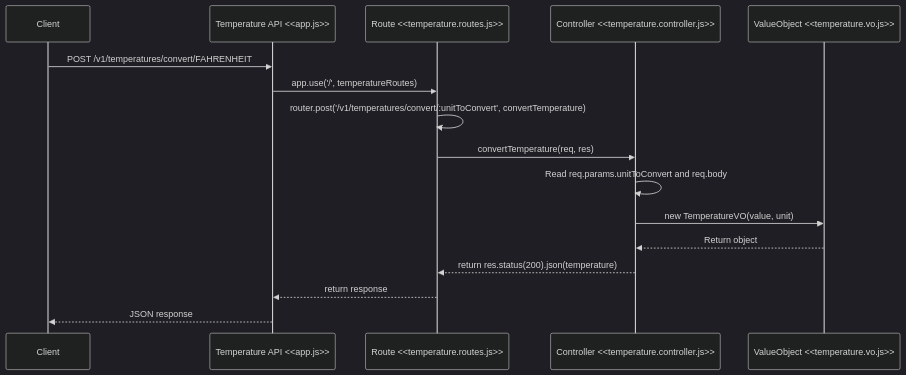
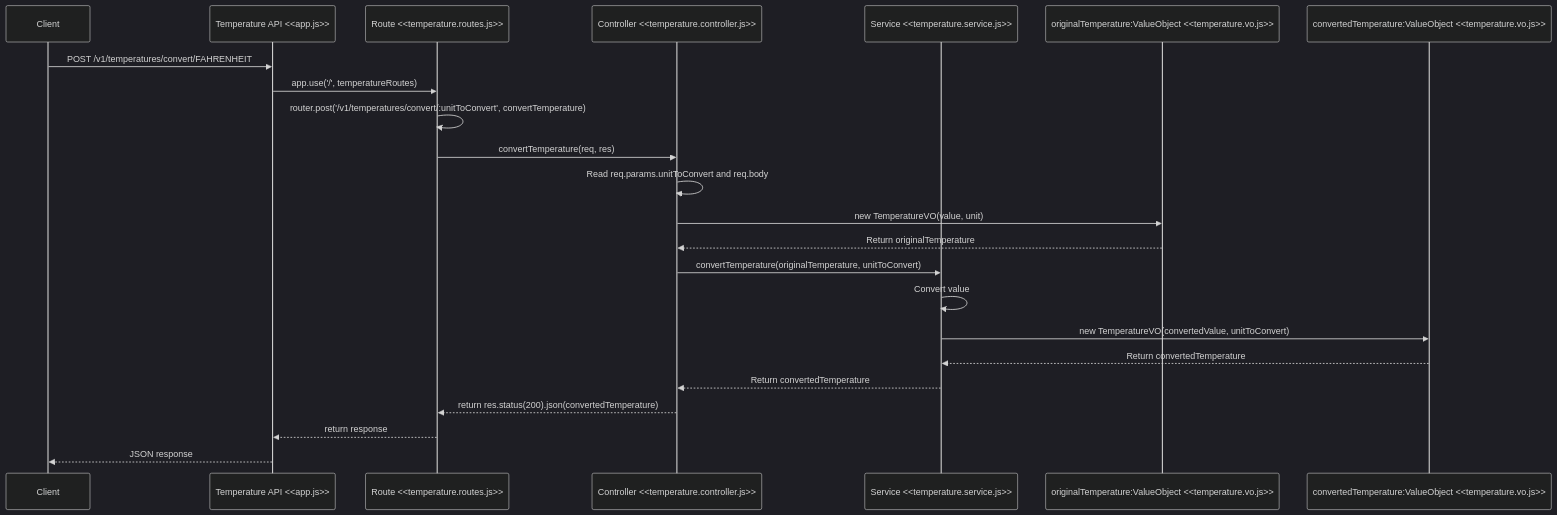
The diagram in README.md (TC-2007B-Chihuahua-2026/temperature-converter-api), drawn with Mermaid (dark theme) before and after one commit. The commit also changed other lines of this file, not shown here.

Commit message:
issue-3 Updated README with service changes

````diff
--- a/README.md
+++ b/README.md
@@ -87,19 +87,26 @@
 ```mermaid
 sequenceDiagram
     participant Client
     participant API as Temperature API <<app.js>>
     participant Route as Route <<temperature.routes.js>>
     participant Controller as Controller <<temperature.controller.js>>
-    participant VO as ValueObject <<temperature.vo.js>>
+    participant Service as Service <<temperature.service.js>>
+    participant originalTemperature as originalTemperature:ValueObject <<temperature.vo.js>>
+    participant convertedTemperature as convertedTemperature:ValueObject <<temperature.vo.js>>
 
     Client->>API: POST /v1/temperatures/convert/FAHRENHEIT
     API->>Route: app.use('/', temperatureRoutes)
     Route->>Route: router.post('/v1/temperatures/convert/:unitToConvert', convertTemperature)
     Route->>Controller: convertTemperature(req, res)
     Controller->>Controller: Read req.params.unitToConvert and req.body
-    Controller->>VO: new TemperatureVO(value, unit)
-    VO-->>Controller: Return object
-    Controller-->>Route: return res.status(200).json(temperature)
+    Controller->>originalTemperature: new TemperatureVO(value, unit)
+    originalTemperature-->>Controller: Return originalTemperature
+    Controller->>Service: convertTemperature(originalTemperature, unitToConvert)
+    Service->>Service: Convert value
+    Service->>convertedTemperature: new TemperatureVO(convertedValue, unitToConvert)
+    convertedTemperature-->>Service: Return convertedTemperature
+    Service-->>Controller: Return convertedTemperature
+    Controller-->>Route: return res.status(200).json(convertedTemperature)
     Route-->>API: return response
     API-->>Client: JSON response
 ```
````
